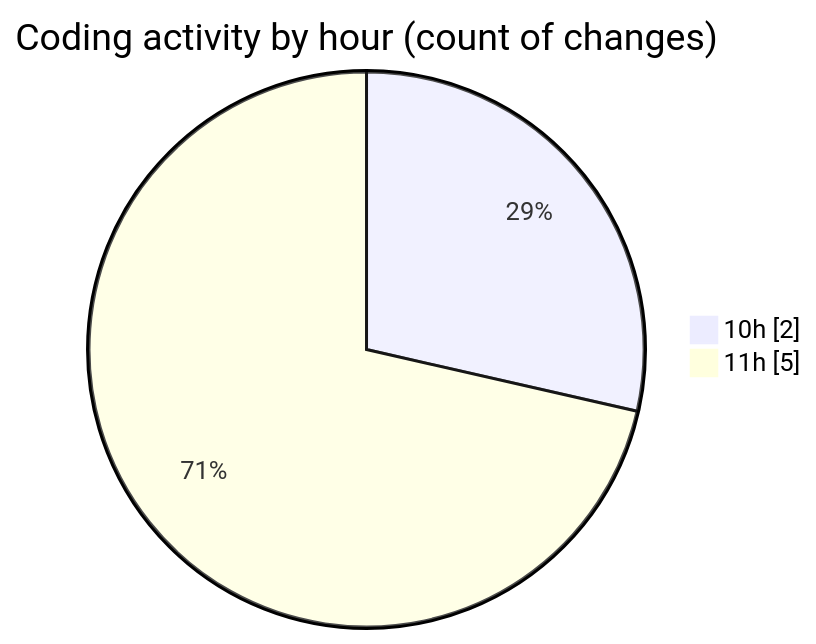
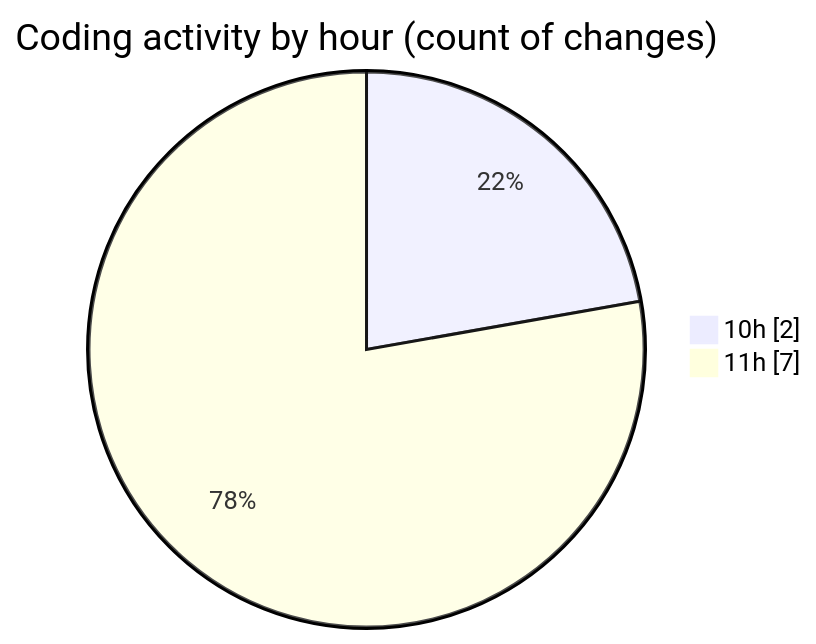
The second of 2 diagrams in 2025-04-09/synth_dist/README.md (trdunsworth/code-tracking), drawn with Mermaid before and after one commit. The commit also changed other lines of this file and 1 other file, not shown here.

````diff
--- a/2025-04-09/synth_dist/README.md
+++ b/2025-04-09/synth_dist/README.md
@@ -31,6 +31,6 @@
 ```mermaid
 pie showData
 title Coding activity by hour (count of changes)
 "10h" : 2
-"11h" : 5
+"11h" : 7
 ```
````
